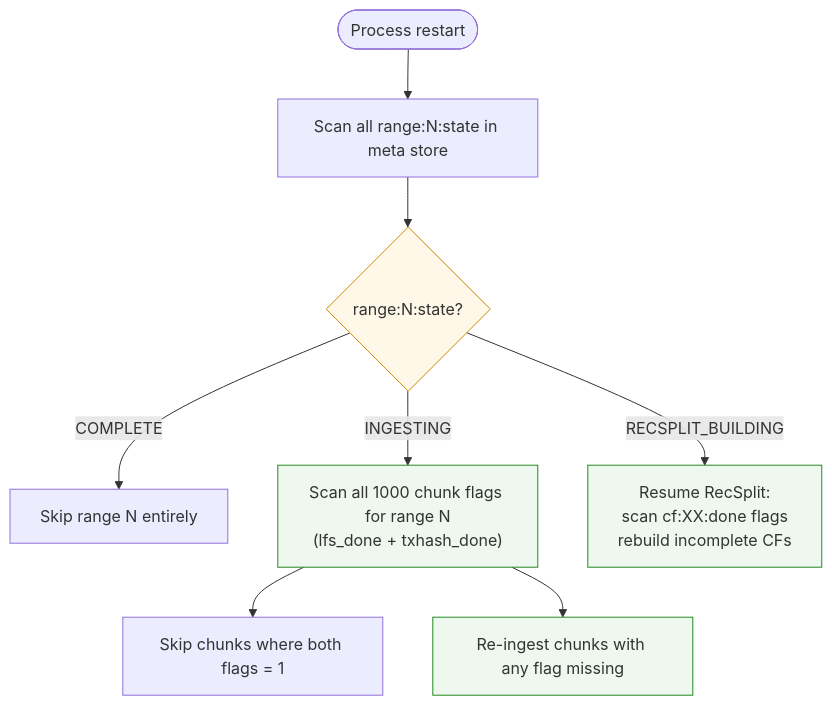
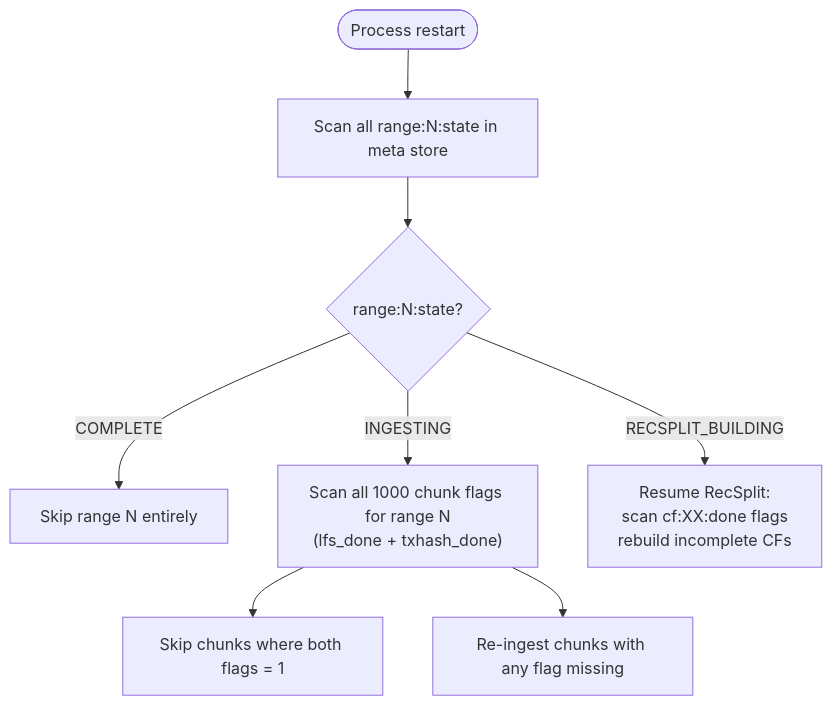
One commit to karthikiyer56/stellar-full-history-ingestion changed the seventh of 8 diagrams in design-docs-v2/01-architecture-overview.md. Above: the diagram before and after it, drawn with Mermaid. The commit also changed other lines of this file and 17 other files, not shown here.

````diff
--- a/design-docs-v2/01-architecture-overview.md
+++ b/design-docs-v2/01-architecture-overview.md
@@ -277,13 +261,10 @@
 ```mermaid
 flowchart TD
-    classDef decision fill:#fff8e8,stroke:#cc8800
-    classDef action fill:#eef8ee,stroke:#228b22
-
     START(["Process restart"]) --> SCAN_RANGES["Scan all range:N:state in meta store"]
-    SCAN_RANGES --> CHECK_RANGE{range:N:state?}:::decision
+    SCAN_RANGES --> CHECK_RANGE{range:N:state?}
     CHECK_RANGE -->|COMPLETE| SKIP_RANGE["Skip range N entirely"]
-    CHECK_RANGE -->|INGESTING| SCAN_CHUNKS["Scan all 1000 chunk flags for range N\n(lfs_done + txhash_done)"]:::action
-    CHECK_RANGE -->|RECSPLIT_BUILDING| RESUME_RS["Resume RecSplit:\nscan cf:XX:done flags\nrebuild incomplete CFs"]:::action
+    CHECK_RANGE -->|INGESTING| SCAN_CHUNKS["Scan all 1000 chunk flags for range N\n(lfs_done + txhash_done)"]
+    CHECK_RANGE -->|RECSPLIT_BUILDING| RESUME_RS["Resume RecSplit:\nscan cf:XX:done flags\nrebuild incomplete CFs"]
     SCAN_CHUNKS --> SKIP_DONE["Skip chunks where both flags = 1"]
-    SCAN_CHUNKS --> REDO["Re-ingest chunks with any flag missing"]:::action
+    SCAN_CHUNKS --> REDO["Re-ingest chunks with any flag missing"]
 ```
````
